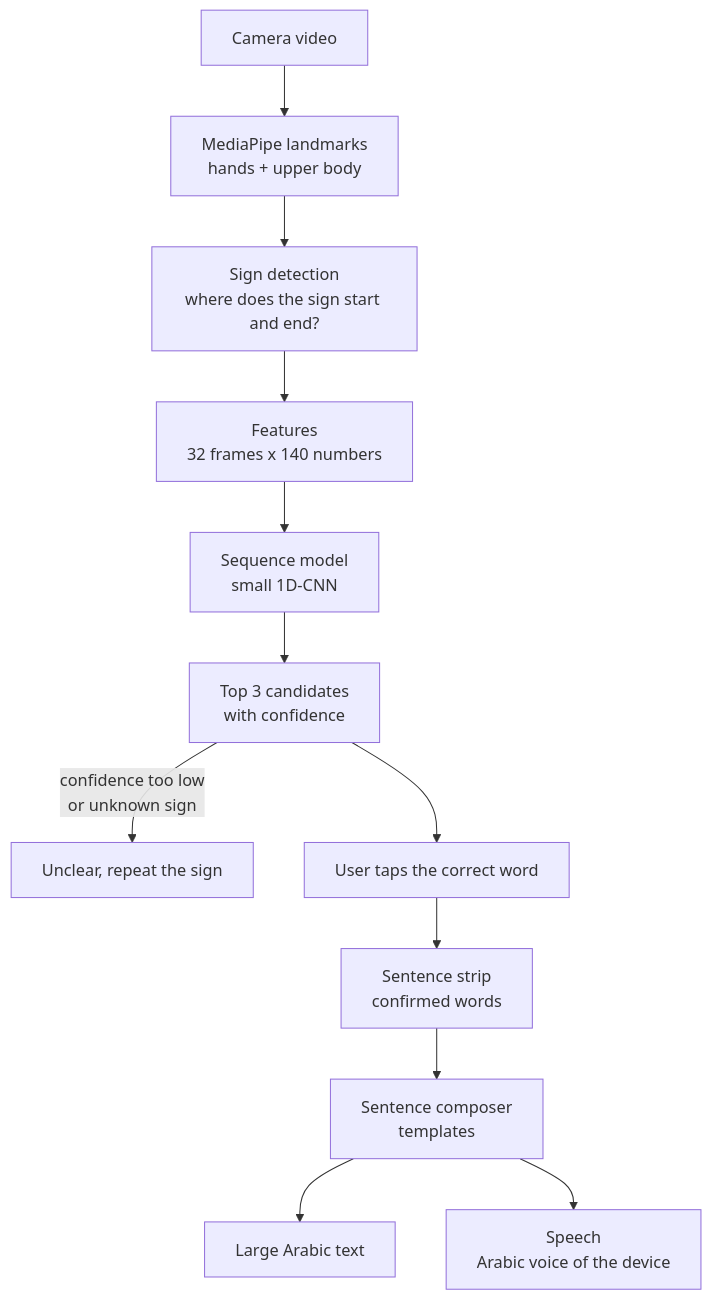
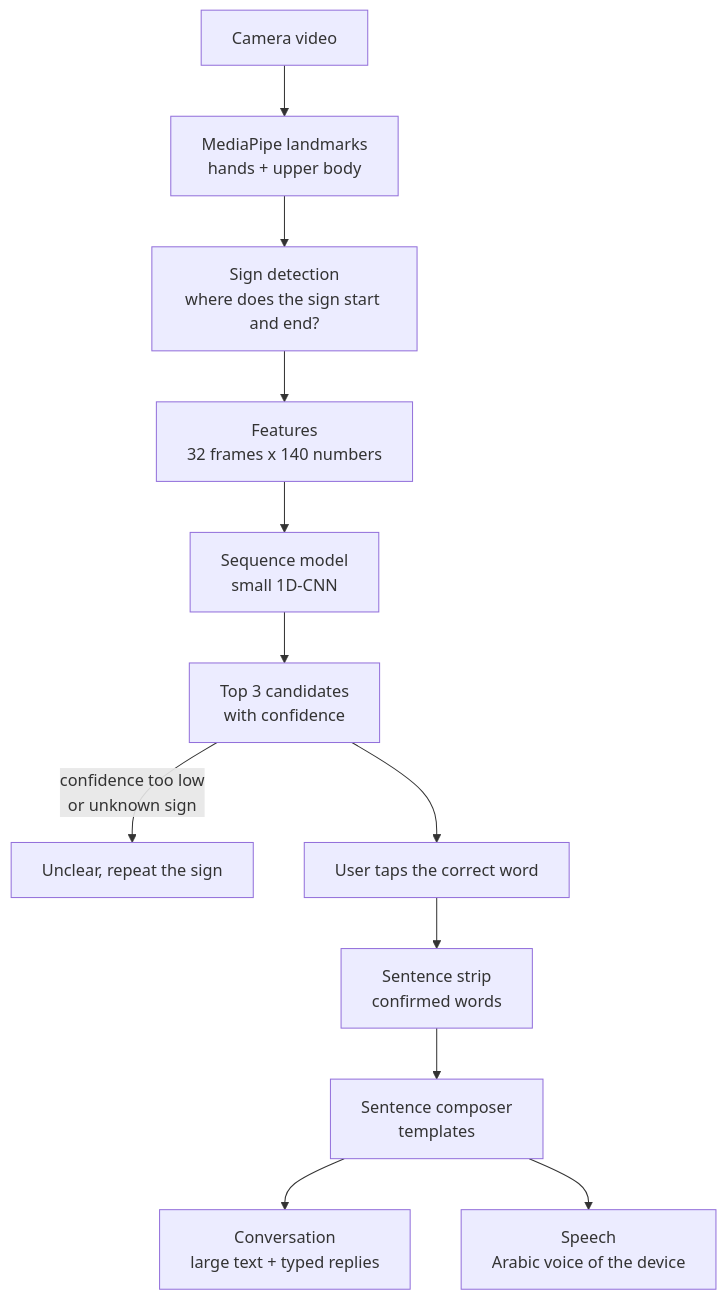
Before and after one commit to gymbuddyapps-ux/al-murshid: the first of 2 diagrams in docs/ARCHITECTURE.md, drawn with Mermaid. The commit also changed other lines of this file and 15 other files, not shown here.

````diff
--- a/docs/ARCHITECTURE.md
+++ b/docs/ARCHITECTURE.md
@@ -6,14 +6,14 @@
 ```mermaid
 flowchart TD
     A[Camera video] --> B[MediaPipe landmarks<br/>hands + upper body]
     B --> C[Sign detection<br/>where does the sign start and end?]
     C --> D[Features<br/>32 frames x 140 numbers]
     D --> E[Sequence model<br/>small 1D-CNN]
     E --> F[Top 3 candidates<br/>with confidence]
     F -->|confidence too low<br/>or unknown sign| G[Unclear, repeat the sign]
     F --> H[User taps the correct word]
     H --> I[Sentence strip<br/>confirmed words]
     I --> J[Sentence composer<br/>templates]
-    J --> K[Large Arabic text]
+    J --> K[Conversation<br/>large text + typed replies]
     J --> L[Speech<br/>Arabic voice of the device]
 ```
````
